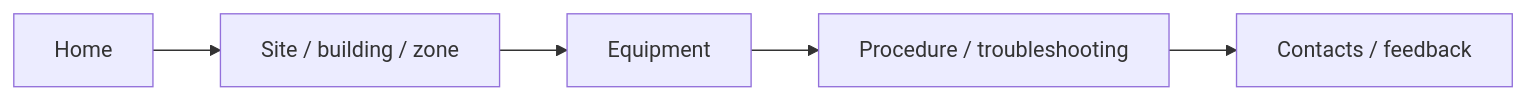
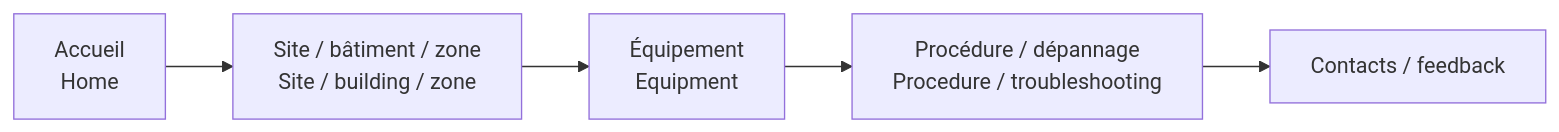
The diagram in projects/building-operations-hub/demo/README.md (jeffersonkuku/jefferson-Mawapanga-Saku), drawn with Mermaid before and after one commit. The commit also changed other lines of this file and 13 other files, not shown here.

````diff
--- a/projects/building-operations-hub/demo/README.md
+++ b/projects/building-operations-hub/demo/README.md
@@ -11,7 +8,7 @@
 ```mermaid
 flowchart LR
-    A[Home] --> B[Site / building / zone]
-    B --> C[Equipment]
-    C --> D[Procedure / troubleshooting]
+    A[Accueil<br/>Home] --> B[Site / bâtiment / zone<br/>Site / building / zone]
+    B --> C[Équipement<br/>Equipment]
+    C --> D[Procédure / dépannage<br/>Procedure / troubleshooting]
     D --> E[Contacts / feedback]
 ```
````
